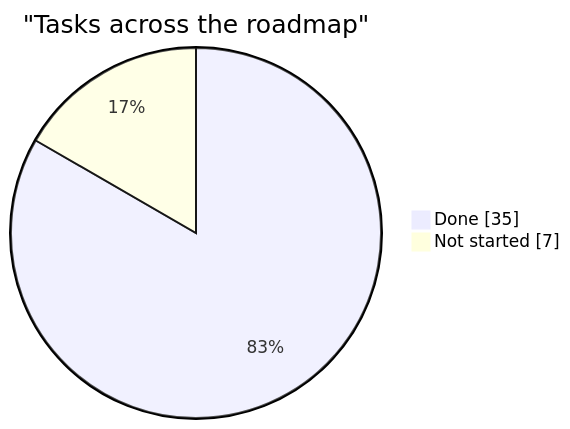
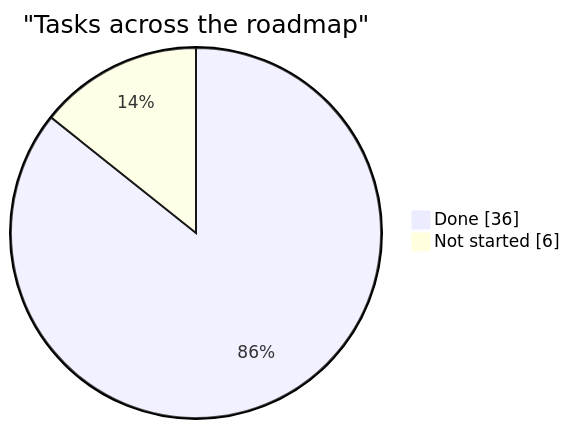
The diagram in docs/planning/status.md (AdamClemens/PyFlow), drawn with Mermaid before and after one commit. The commit also changed other lines of this file and 10 other files, not shown here.

````diff
--- a/docs/planning/status.md
+++ b/docs/planning/status.md
@@ -21,6 +21,6 @@
 ```mermaid
 pie showData
     title "Tasks across the roadmap"
-    "Done" : 35
-    "Not started" : 7
+    "Done" : 36
+    "Not started" : 6
 ```
````
